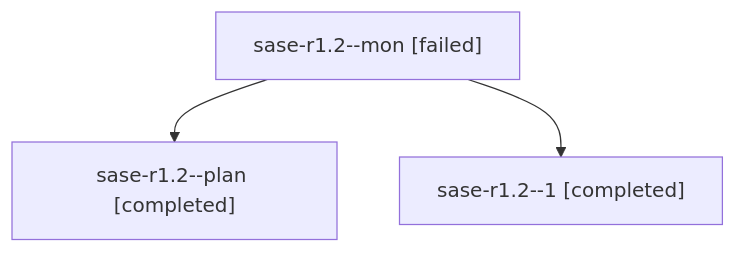
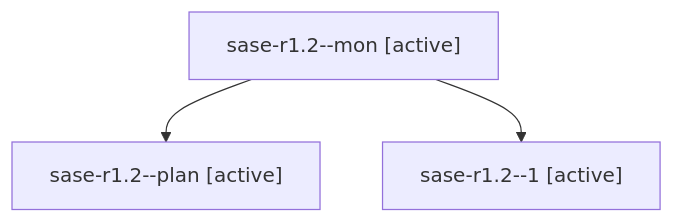
Before and after one commit to sase-org/sase--agents: the diagram in families/bbugyi200.athena.sase-r1.2.md, drawn with Mermaid. The commit also changed other lines of this file and 35830 other files, not shown here.

````diff
--- a/families/bbugyi200.athena.sase-r1.2.md
+++ b/families/bbugyi200.athena.sase-r1.2.md
@@ -9,8 +9,8 @@
 ```mermaid
 flowchart TD
-  n0["sase-r1.2--mon [failed]"]
-  n1["sase-r1.2--plan [completed]"]
+  n0["sase-r1.2--mon [active]"]
+  n1["sase-r1.2--plan [active]"]
   n0 --> n1
-  n2["sase-r1.2--1 [completed]"]
+  n2["sase-r1.2--1 [active]"]
   n0 --> n2
 ```
````
